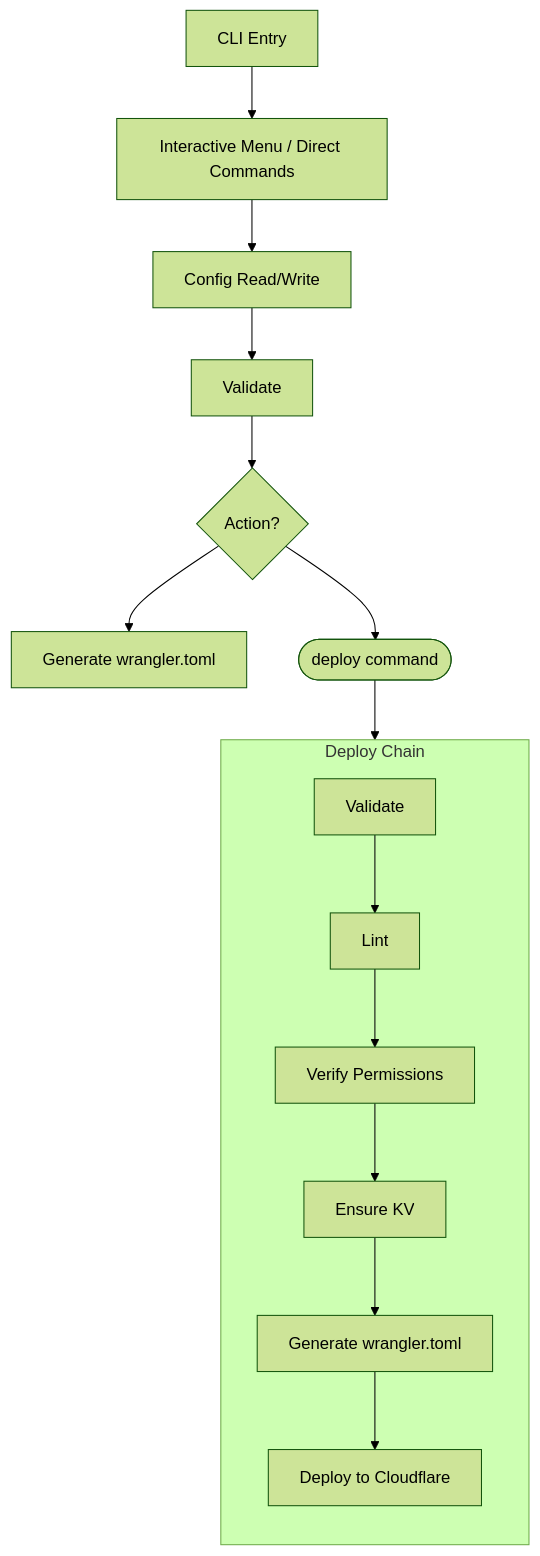
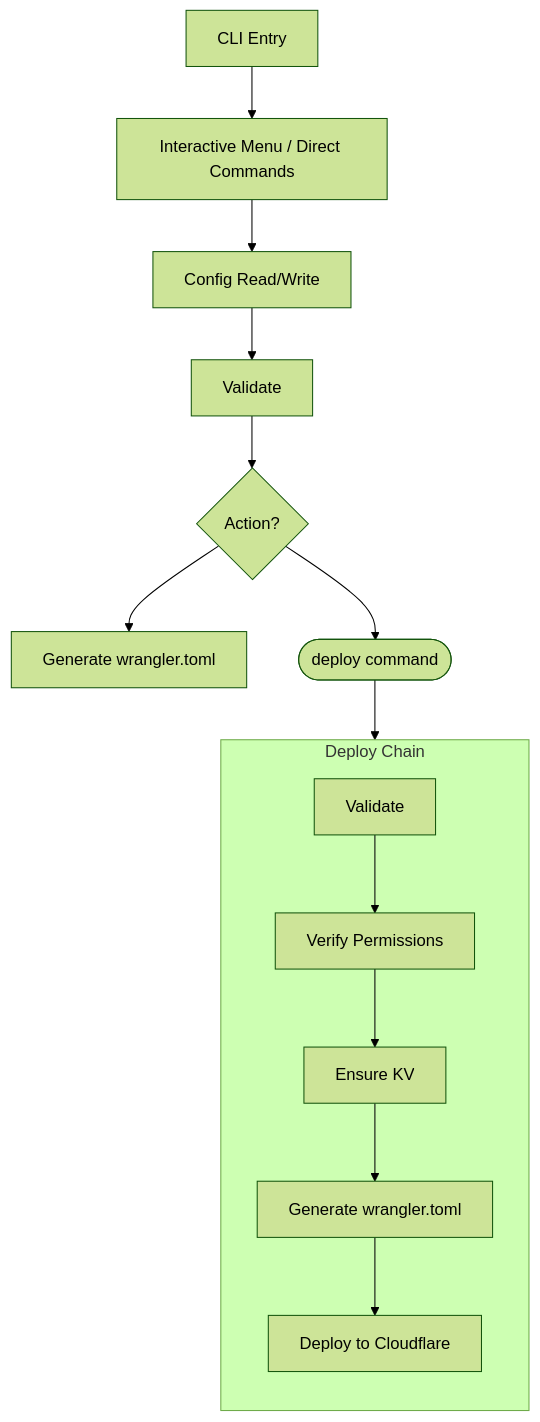
One commit to cbnventures/ntfy-reverse-proxy changed the third of 3 diagrams in apps/docs/docs/reference/architecture.mdx. Above: the diagram before and after it, drawn with Mermaid (forest theme). The commit also changed other lines of this file and 48 other files, not shown here.

````diff
--- a/apps/docs/docs/reference/architecture.mdx
+++ b/apps/docs/docs/reference/architecture.mdx
@@ -147,21 +147,20 @@
 ```mermaid
 graph TD
     CLI[CLI Entry] --> Menu[Interactive Menu / Direct Commands]
     Menu --> ConfigIO[Config Read/Write]
     ConfigIO --> Validate
 
     Validate --> Action{Action?}
     Action --> Generate[Generate wrangler.toml]
     Action --> DeployCmd(["deploy command"]):::muted
 
     subgraph Deploy [Deploy Chain]
         direction TB
-        DValidate[Validate] --> DLint[Lint]
-        DLint --> DVerify[Verify Permissions]
+        DValidate[Validate] --> DVerify[Verify Permissions]
         DVerify --> DKV[Ensure KV]
         DKV --> DGenerate[Generate wrangler.toml]
         DGenerate --> DDeploy[Deploy to Cloudflare]
     end
 
     DeployCmd --> Deploy
 ```
````
